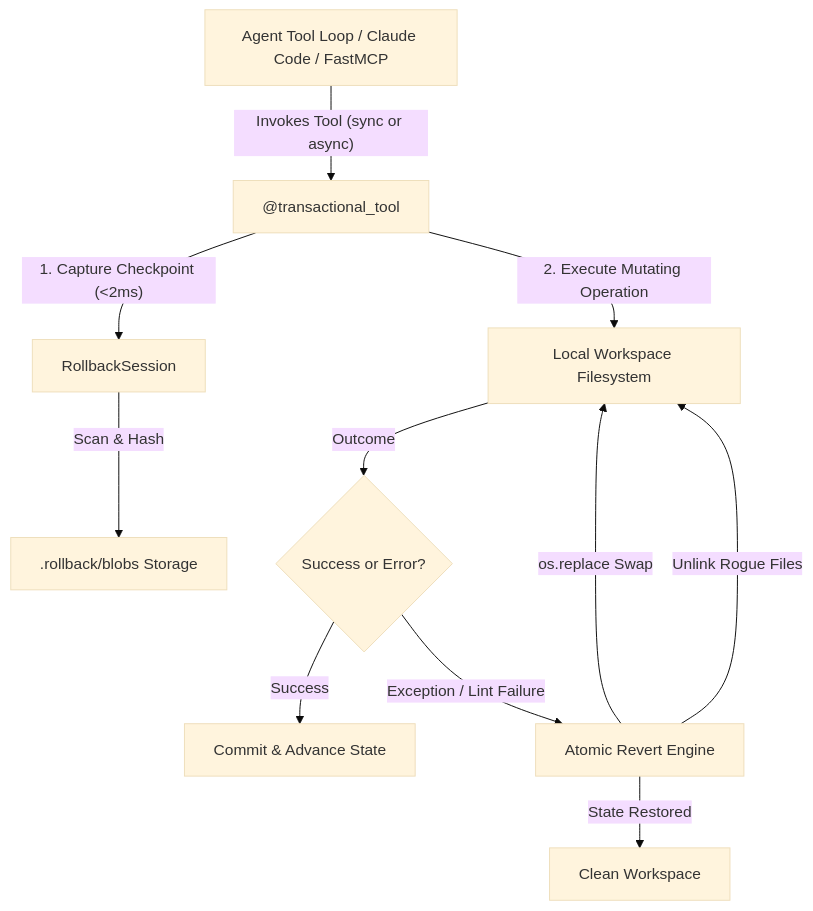
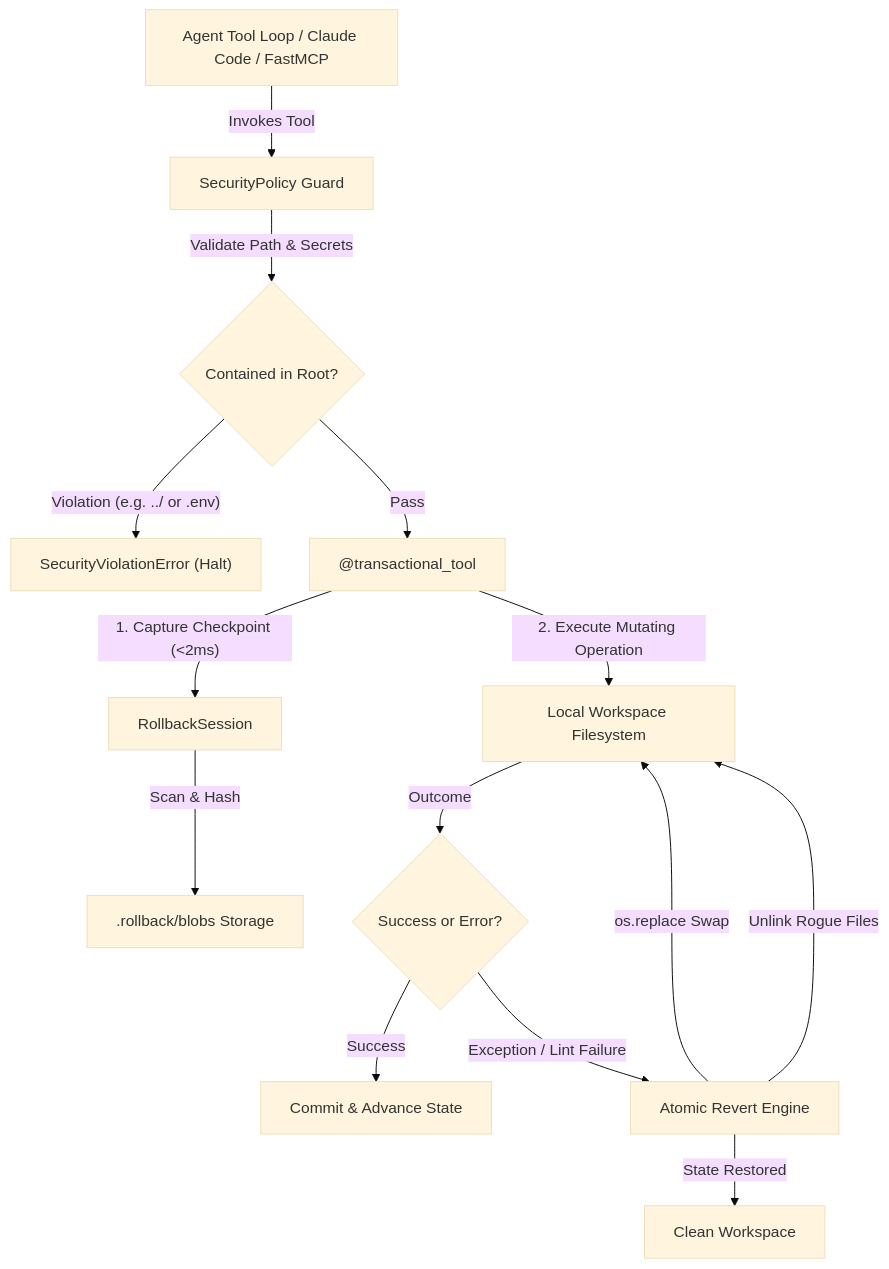
Before and after one commit to devsoniclk/rollback: the diagram in README.md, drawn with Mermaid (base theme). The commit also changed other lines of this file and 10 other files, not shown here.

Commit message:
feat: workspace containment security, dry-run revert plans, branching, and bundle archiving v0.3.0

````diff
--- a/README.md
+++ b/README.md
@@ -42,13 +47,16 @@
 ```mermaid
 flowchart TD
-    A["Agent Tool Loop / Claude Code / FastMCP"] -->|"Invokes Tool (sync or async)"| B["@transactional_tool"]
-    B -->|"1. Capture Checkpoint (<2ms)"| C["RollbackSession"]
-    C -->|"Scan & Hash"| D[".rollback/blobs Storage"]
-    B -->|"2. Execute Mutating Operation"| E["Local Workspace Filesystem"]
-    E -->|"Outcome"| F{"Success or Error?"}
-    F -->|"Success"| G["Commit & Advance State"]
-    F -->|"Exception / Lint Failure"| H["Atomic Revert Engine"]
-    H -->|"os.replace Swap"| E
-    H -->|"Unlink Rogue Files"| E
-    H -->|"State Restored"| I["Clean Workspace"]
+    A["Agent Tool Loop / Claude Code / FastMCP"] -->|"Invokes Tool"| B["SecurityPolicy Guard"]
+    B -->|"Validate Path & Secrets"| C{"Contained in Root?"}
+    C -->|"Violation (e.g. ../ or .env)"| D["SecurityViolationError (Halt)"]
+    C -->|"Pass"| E["@transactional_tool"]
+    E -->|"1. Capture Checkpoint (<2ms)"| F["RollbackSession"]
+    F -->|"Scan & Hash"| G[".rollback/blobs Storage"]
+    E -->|"2. Execute Mutating Operation"| H["Local Workspace Filesystem"]
+    H -->|"Outcome"| I{"Success or Error?"}
+    I -->|"Success"| J["Commit & Advance State"]
+    I -->|"Exception / Lint Failure"| K["Atomic Revert Engine"]
+    K -->|"os.replace Swap"| H
+    K -->|"Unlink Rogue Files"| H
+    K -->|"State Restored"| L["Clean Workspace"]
 ```
````
